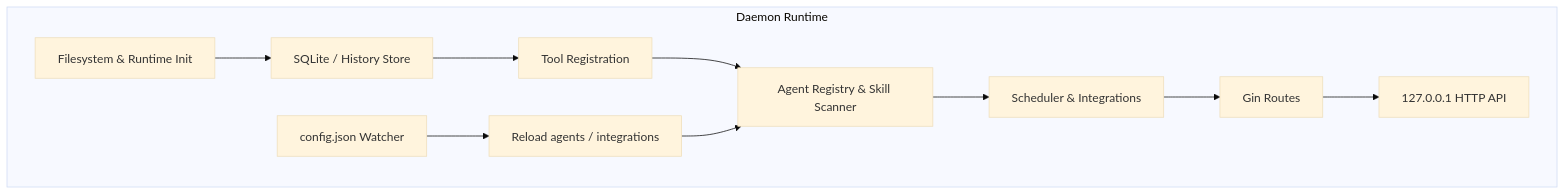
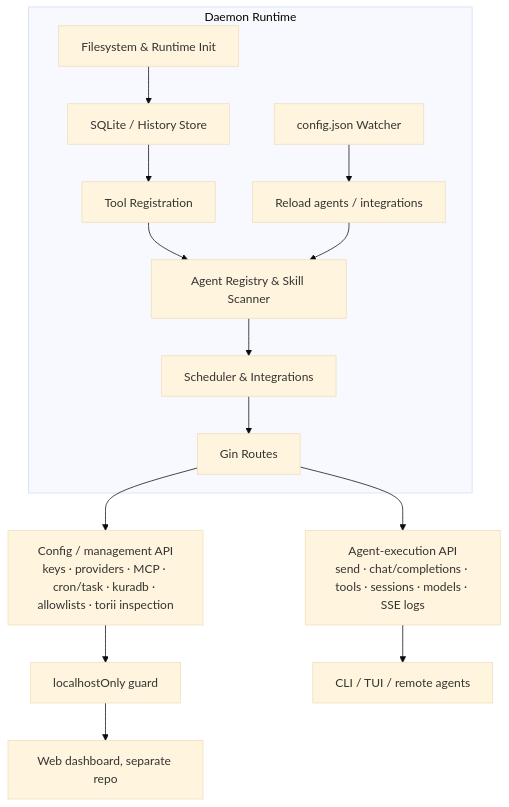
The third of 11 diagrams in doc/architecture.md (agenvoy/Agenvoy), drawn with Mermaid (base theme) before and after one commit. The commit also changed other lines of this file and 3 other files, not shown here.

Commit message:
doc: Document task lifecycle and HTTP API management tiers

````diff
--- a/doc/architecture.md
+++ b/doc/architecture.md
@@ -53,13 +53,17 @@
 ```mermaid
 graph TB
     subgraph Daemon[Daemon Runtime]
         Init[Filesystem & Runtime Init] --> Storage[SQLite / History Store]
         Storage --> ToolInit[Tool Registration]
         ToolInit --> AgentInit[Agent Registry & Skill Scanner]
         AgentInit --> Services[Scheduler & Integrations]
         Services --> Routes[Gin Routes]
-        Routes --> HTTP[127.0.0.1 HTTP API]
         Config[config.json Watcher] --> Reload[Reload agents / integrations]
         Reload --> AgentInit
     end
+    Routes --> ExecAPI[Agent-execution API<br/>send · chat/completions · tools · sessions · models · SSE logs]
+    Routes --> ConfigAPI[Config / management API<br/>keys · providers · MCP · cron/task · kuradb · allowlists · torii inspection]
+    ConfigAPI --> LocalGuard[localhostOnly guard]
+    ExecAPI --> Client[CLI / TUI / remote agents]
+    LocalGuard --> Dashboard[Web dashboard, separate repo]
 ```
````
